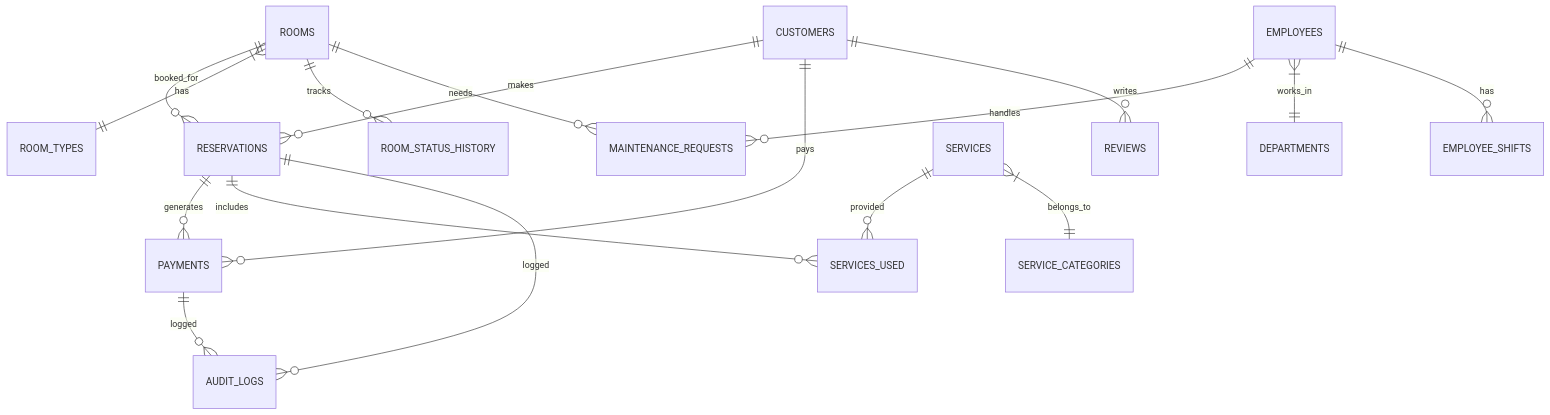
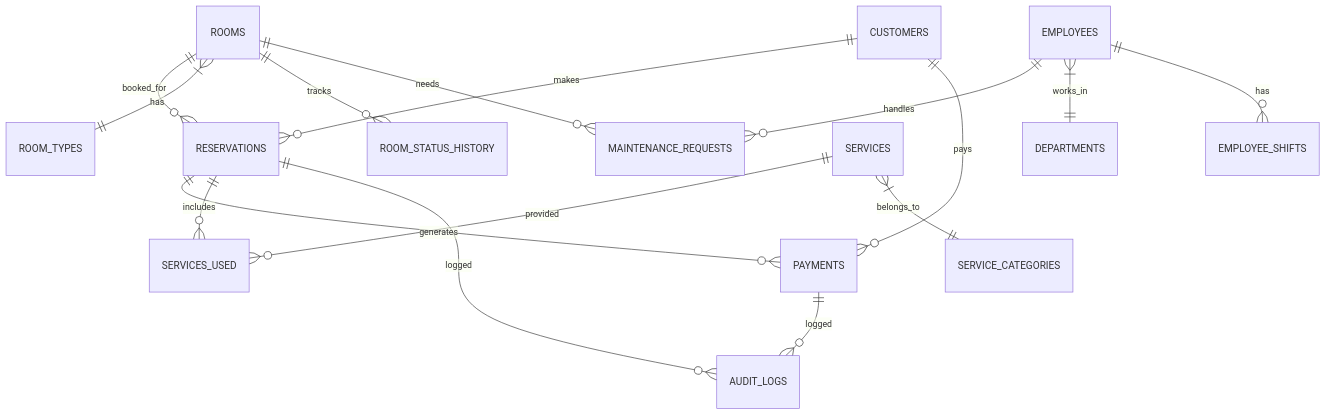
One commit to LoudlyDawn2108/FantasticHotel changed diagram 16 of 16 in BUSINESS_PROCESSES.md. Above: the diagram before and after it, drawn with Mermaid. The commit also changed other lines of this file and 5 other files, not shown here.

````diff
--- a/BUSINESS_PROCESSES.md
+++ b/BUSINESS_PROCESSES.md
@@ -686,24 +683,23 @@
 ```mermaid
 erDiagram
     CUSTOMERS ||--o{ RESERVATIONS : makes
     CUSTOMERS ||--o{ PAYMENTS : pays
-    CUSTOMERS ||--o{ REVIEWS : writes
     
     ROOMS ||--o{ RESERVATIONS : booked_for
     ROOMS }|--|| ROOM_TYPES : has
     ROOMS ||--o{ ROOM_STATUS_HISTORY : tracks
     ROOMS ||--o{ MAINTENANCE_REQUESTS : needs
     
     RESERVATIONS ||--o{ PAYMENTS : generates
     RESERVATIONS ||--o{ SERVICES_USED : includes
     
     SERVICES ||--o{ SERVICES_USED : provided
     SERVICES }|--|| SERVICE_CATEGORIES : belongs_to
     
     EMPLOYEES ||--o{ MAINTENANCE_REQUESTS : handles
     EMPLOYEES }|--|| DEPARTMENTS : works_in
     EMPLOYEES ||--o{ EMPLOYEE_SHIFTS : has
     
     RESERVATIONS ||--o{ AUDIT_LOGS : logged
     PAYMENTS ||--o{ AUDIT_LOGS : logged
 ```
````
